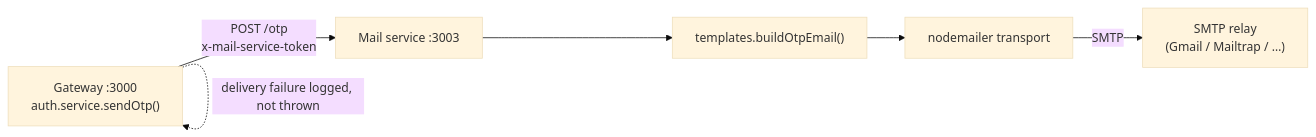
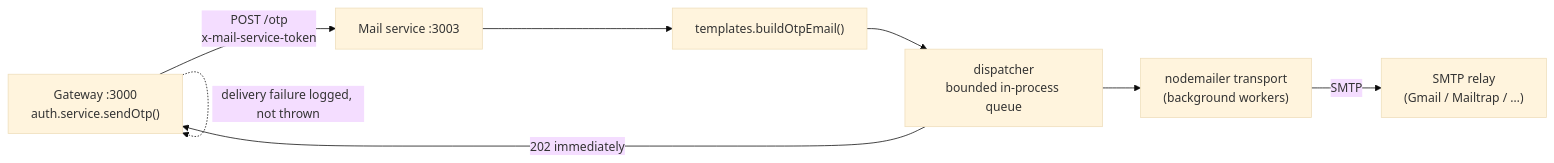
One commit to Osank31/LCArena changed the first of 2 diagrams in apps/apis/mail/README.md. Above: the diagram before and after it, drawn with Mermaid (base theme). The commit also changed other lines of this file and 17 other files, not shown here.

````diff
--- a/apps/apis/mail/README.md
+++ b/apps/apis/mail/README.md
@@ -35,8 +41,10 @@
 ```mermaid
 flowchart LR
     GW["Gateway :3000\nauth.service.sendOtp()"] -->|"POST /otp\nx-mail-service-token"| M["Mail service :3003"]
     M --> R["templates.buildOtpEmail()"]
-    R --> N["nodemailer transport"]
+    R --> Q["dispatcher\nbounded in-process queue"]
+    Q -->|202 immediately| GW
+    Q --> N["nodemailer transport\n(background workers)"]
     N -->|SMTP| Relay["SMTP relay\n(Gmail / Mailtrap / …)"]
     GW -.->|"delivery failure logged, not thrown"| GW
 ```
````
